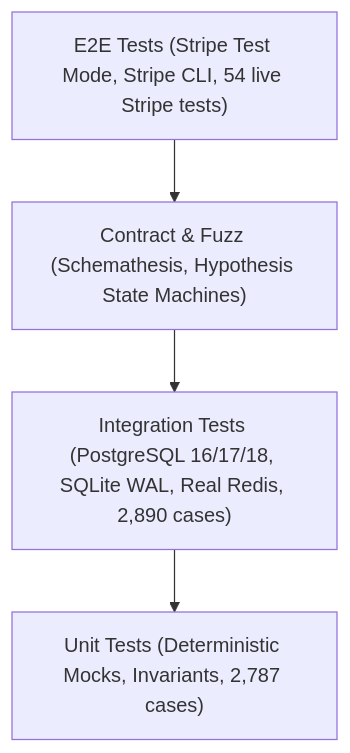
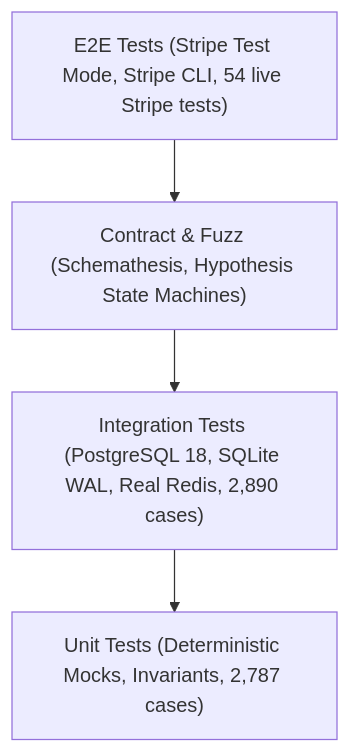
One commit to nadeko0/fastapi_e-commerce_backend changed the first of 2 diagrams in docs/TESTING.md. Above: the diagram before and after it, drawn with Mermaid. The commit also changed other lines of this file and 25 other files, not shown here.

````diff
--- a/docs/TESTING.md
+++ b/docs/TESTING.md
@@ -7,6 +7,6 @@
 ```mermaid
 flowchart TD
     E2E["E2E Tests (Stripe Test Mode, Stripe CLI, 54 live Stripe tests)"] --> Fuzz["Contract & Fuzz (Schemathesis, Hypothesis State Machines)"]
-    Fuzz --> Integration["Integration Tests (PostgreSQL 16/17/18, SQLite WAL, Real Redis, 2,890 cases)"]
+    Fuzz --> Integration["Integration Tests (PostgreSQL 18, SQLite WAL, Real Redis, 2,890 cases)"]
     Integration --> Unit["Unit Tests (Deterministic Mocks, Invariants, 2,787 cases)"]
 ```
````
